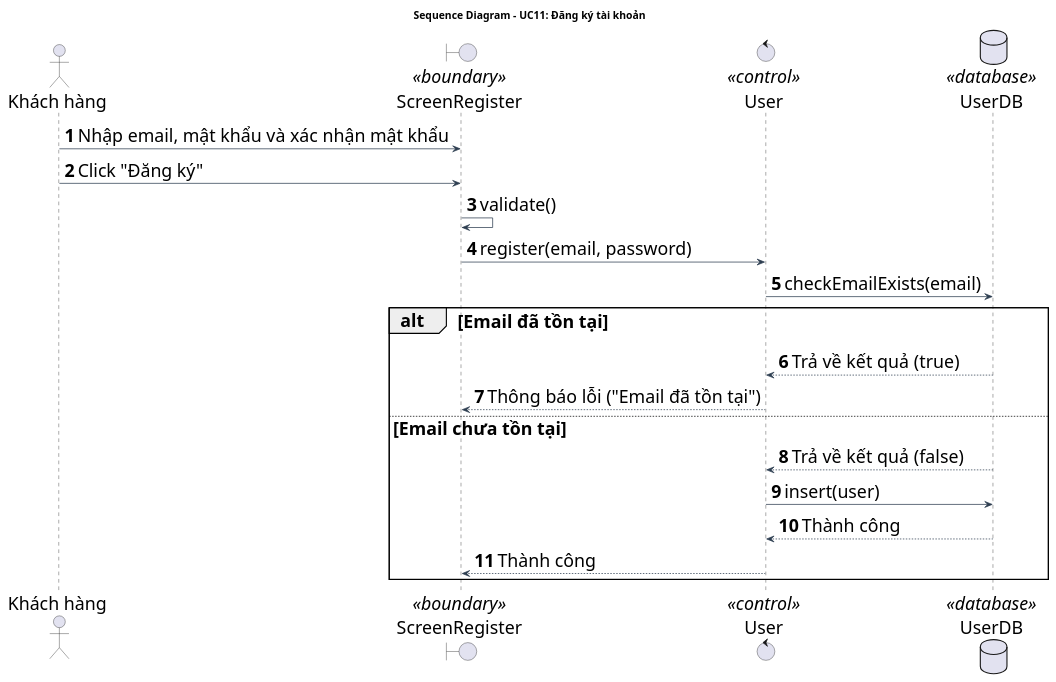
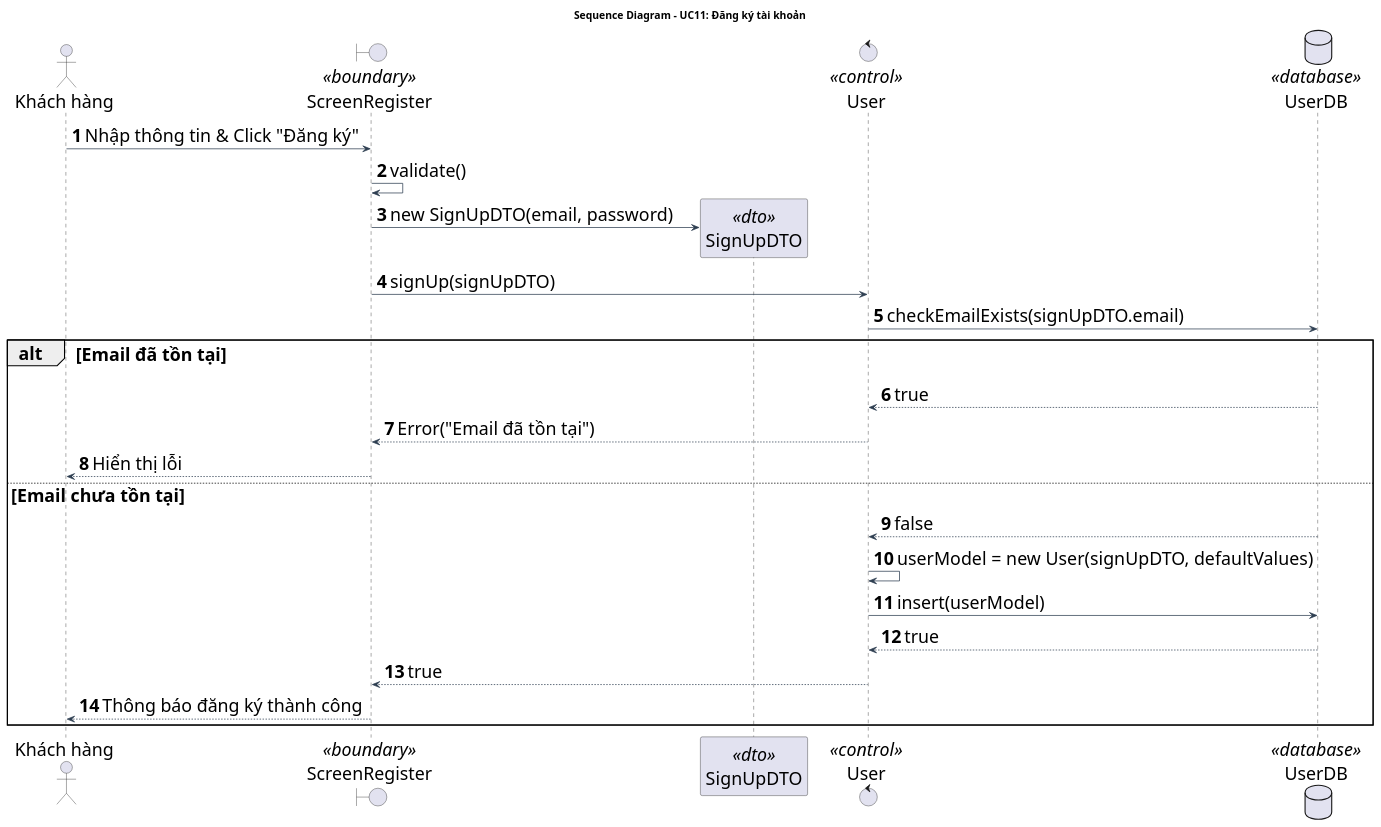
One commit to Gnourt812005/HCMUS-Analyze-and-desgin-IS changed the diagram in doc/system/dang_ky_tai_khoan/DangKyTaiKhoan_SequenceDiagram.wsd. Above: the diagram before and after it, drawn with PlantUML. The commit also changed 6 other files, not shown here.

```diff
--- a/doc/system/dang_ky_tai_khoan/DangKyTaiKhoan_SequenceDiagram.wsd
+++ b/doc/system/dang_ky_tai_khoan/DangKyTaiKhoan_SequenceDiagram.wsd
@@ -1,37 +1,41 @@
 @startuml DangKyTaiKhoan_SequenceDiagram
 title Sequence Diagram - UC11: Đăng ký tài khoản
 
 ' --- STYLE CONFIGURATION ---
 skinparam {
     BackgroundColor White
     ArrowColor #2D3E50
     DefaultFontName "Arial"
     DefaultFontSize 24
     ParticipantPadding 20
     BoxPadding 10
 }
 
 actor "Khách hàng" as Actor
 boundary "ScreenRegister" as GUI <<boundary>>
+participant "SignUpDTO" as DTO <<dto>>
 control "User" as BUS <<control>>
 database "UserDB" as DB <<database>>
 
 autonumber
 
-Actor -> GUI: Nhập email, mật khẩu và xác nhận mật khẩu
-Actor -> GUI: Click "Đăng ký"
+Actor -> GUI: Nhập thông tin & Click "Đăng ký"
 GUI -> GUI: validate()
-GUI -> BUS: register(email, password)
-BUS -> DB: checkEmailExists(email)
+GUI -> DTO **: new SignUpDTO(email, password)
+GUI -> BUS: signUp(signUpDTO)
+BUS -> DB: checkEmailExists(signUpDTO.email)
 alt Email đã tồn tại
-    DB --> BUS: Trả về kết quả (true)
-    BUS --> GUI: Thông báo lỗi ("Email đã tồn tại")
+    DB --> BUS: true
+    BUS --> GUI: Error("Email đã tồn tại")
+    GUI --> Actor: Hiển thị lỗi
 else Email chưa tồn tại
-    DB --> BUS: Trả về kết quả (false)
-    BUS -> DB: insert(user)
-    DB --> BUS: Thành công
-    BUS --> GUI: Thành công
+    DB --> BUS: false
+    BUS -> BUS: userModel = new User(signUpDTO, defaultValues)
+    BUS -> DB: insert(userModel)
+    DB --> BUS: true
+    BUS --> GUI: true
+    GUI --> Actor: Thông báo đăng ký thành công
 end
 deactivate GUI
 
 @enduml
```
